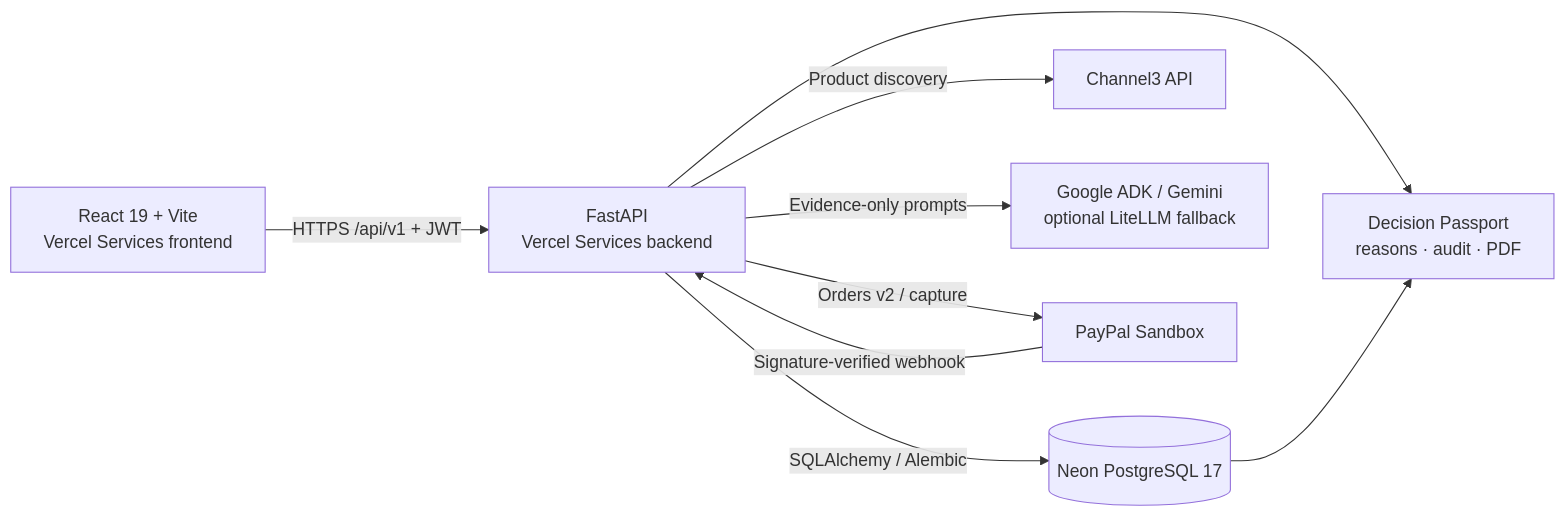
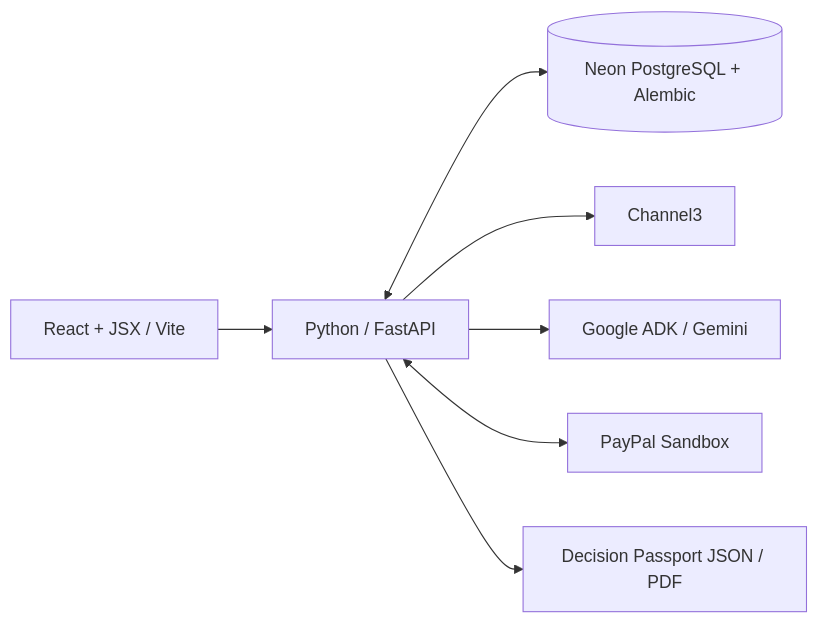
One commit to PerezChris99/ProcurePilot-AI changed the second of 2 diagrams in README.md. Above: the diagram before and after it, drawn with Mermaid. The commit also changed other lines of this file, not shown here.

````diff
--- a/README.md
+++ b/README.md
@@ -67,11 +40,9 @@
-```mermaid
+~~~mermaid
 flowchart LR
-    UI["React 19 + Vite<br/>Vercel Services frontend"] -->|"HTTPS /api/v1 + JWT"| API["FastAPI<br/>Vercel Services backend"]
-    API -->|"SQLAlchemy / Alembic"| DB[("Neon PostgreSQL 17")]
-    API -->|"Product discovery"| C3["Channel3 API"]
-    API -->|"Evidence-only prompts"| ADK["Google ADK / Gemini<br/>optional LiteLLM fallback"]
-    API -->|"Orders v2 / capture"| PP["PayPal Sandbox"]
-    PP -->|"Signature-verified webhook"| API
-    API --> PAS["Decision Passport<br/>reasons · audit · PDF"]
-    DB --> PAS
-```
+    UI["React + JSX / Vite"] --> API["Python / FastAPI"]
+    API <--> DB[("Neon PostgreSQL + Alembic")]
+    API --> C["Channel3"]
+    API --> AI["Google ADK / Gemini"]
+    API <--> PP["PayPal Sandbox"]
+    API --> P["Decision Passport JSON / PDF"]
+~~~
````
